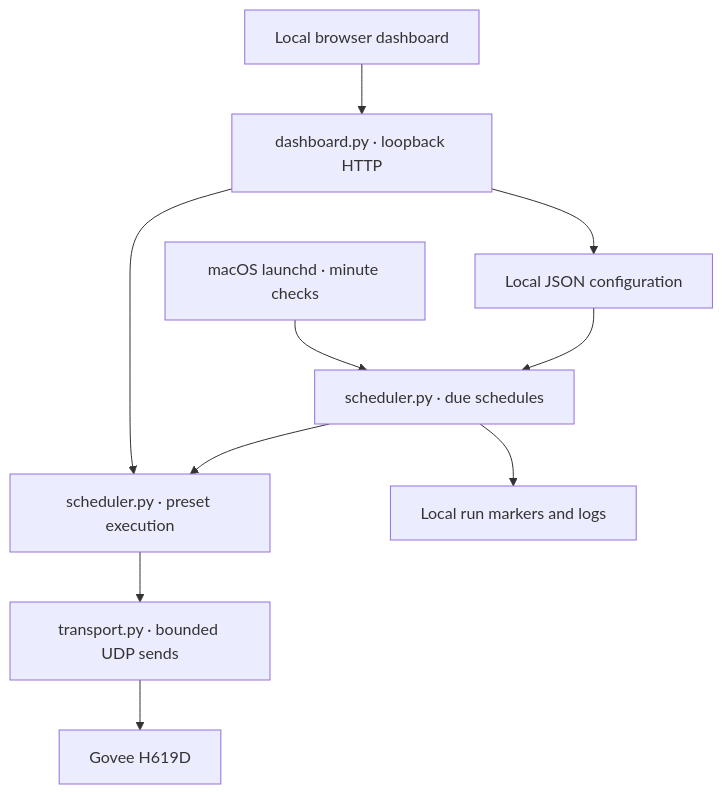
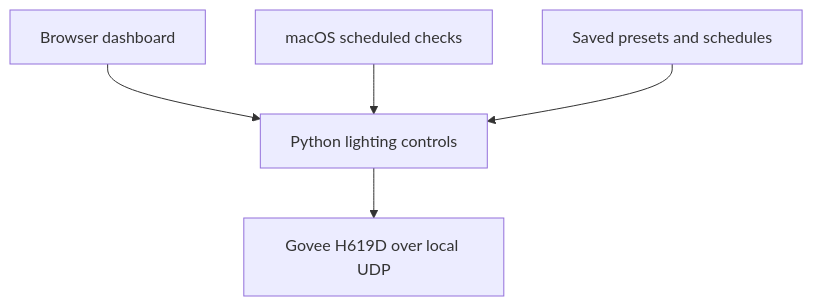
The diagram in README.md (johnsonzach0811/Automated-Room-Environment), drawn with Mermaid before and after one commit. The commit also changed other lines of this file and 1 other file, not shown here.

Commit message:
Clarify current lighting features and potential seasonal plans

````diff
--- a/README.md
+++ b/README.md
@@ -22,12 +21,7 @@
 ```mermaid
 flowchart TD
-    UI[Local browser dashboard] --> HTTP[dashboard.py · loopback HTTP]
-    HTTP --> Config[Local JSON configuration]
-    HTTP --> Presets[scheduler.py · preset execution]
-    Timer[macOS launchd · minute checks] --> Check[scheduler.py · due schedules]
-    Config --> Check
-    Check --> Presets
-    Check --> State[Local run markers and logs]
-    Presets --> UDP[transport.py · bounded UDP sends]
-    UDP --> Light[Govee H619D]
+    Dashboard[Browser dashboard] --> Controller[Python lighting controls]
+    Schedule[macOS scheduled checks] --> Controller
+    Settings[Saved presets and schedules] --> Controller
+    Controller --> Light[Govee H619D over local UDP]
 ```
````
